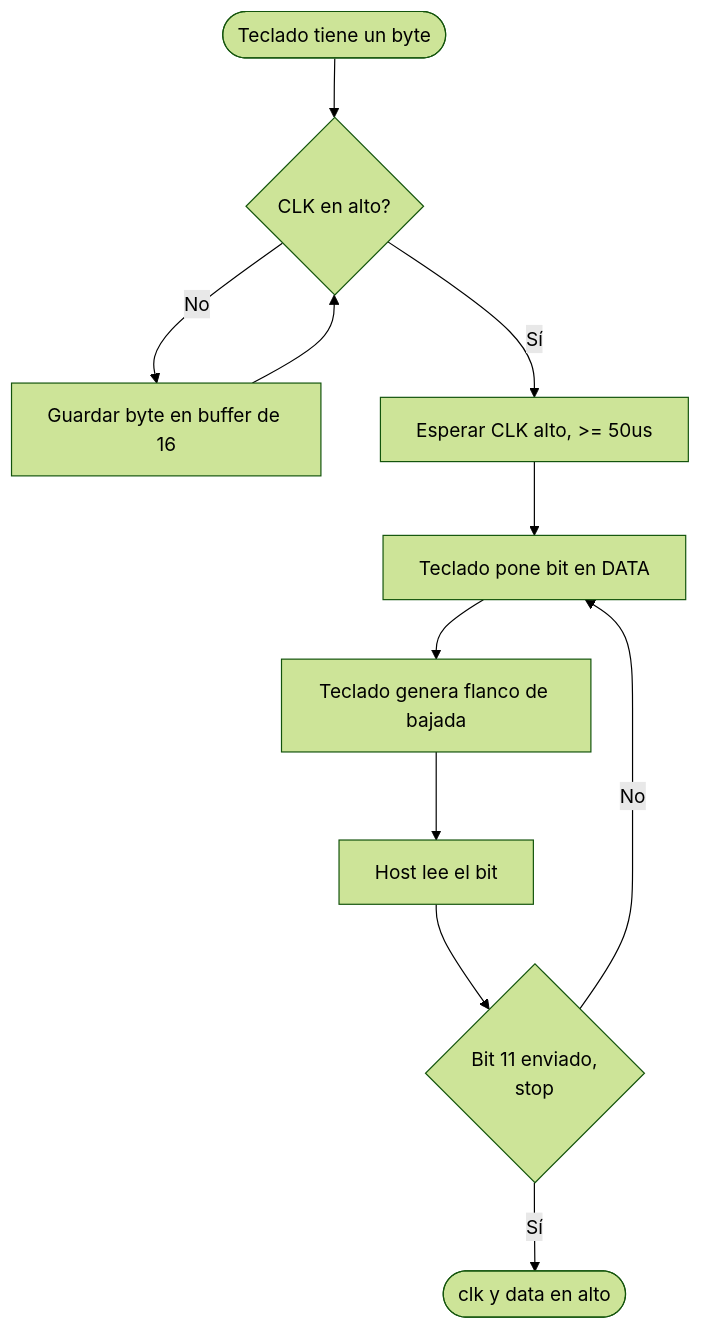
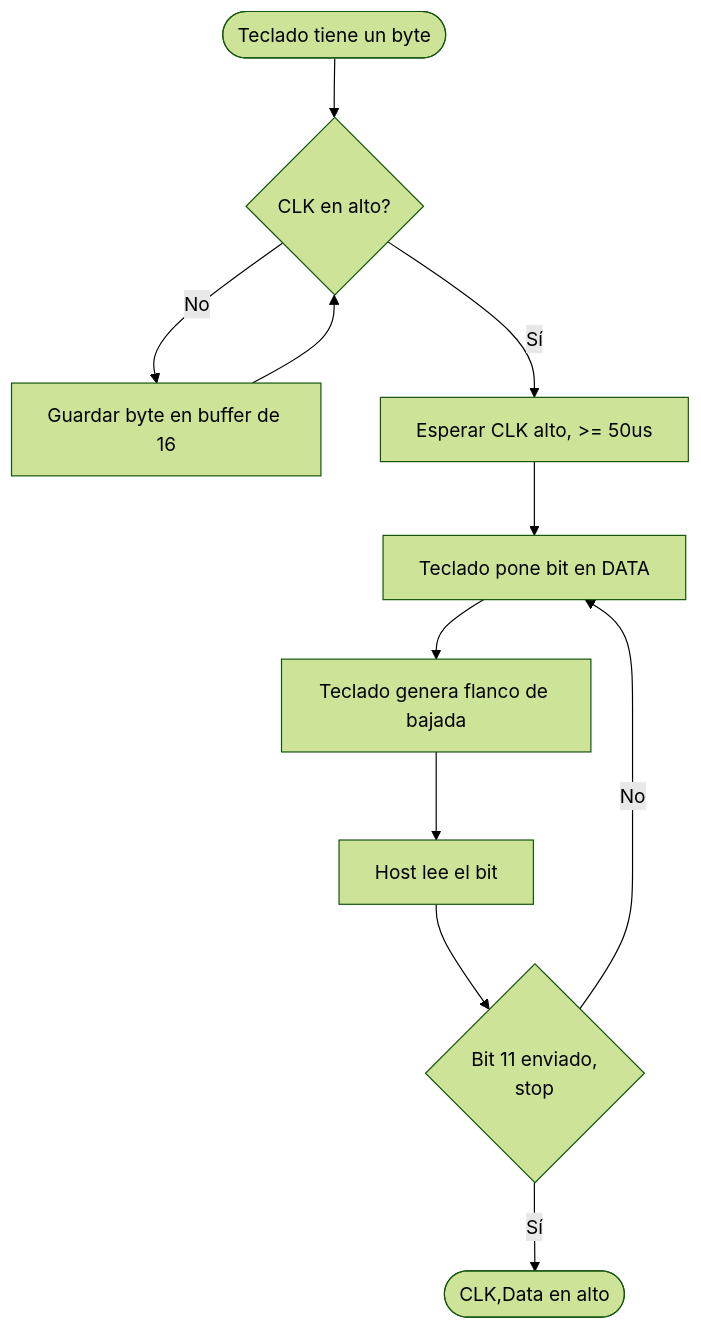
Before and after one commit to KUBIX2026/PS2_keyboard: the first of 2 diagrams in PS2_Keyboard/diagramas/Diagramas.md, drawn with Mermaid (forest theme).

Commit message:
Update diagram text for clarity

````diff
--- a/PS2_Keyboard/diagramas/Diagramas.md
+++ b/PS2_Keyboard/diagramas/Diagramas.md
@@ -3,13 +3,13 @@
 ```mermaid
 flowchart
     A([Teclado tiene un byte]) --> B{CLK en alto?}
     B -- No --> C[Guardar byte en buffer de 16]
     C --> B
     B -- Sí --> D[Esperar CLK alto, >= 50us]
     D --> E[Teclado pone bit en DATA]
     E --> F[Teclado genera flanco de bajada]
     F --> G[Host lee el bit]
     G --> H{Bit 11 enviado,<br/>stop}
     H -- No --> E
-    H -- Sí --> I([clk y data en alto])
+    H -- Sí --> I([CLK,Data en alto])
 ```
````
